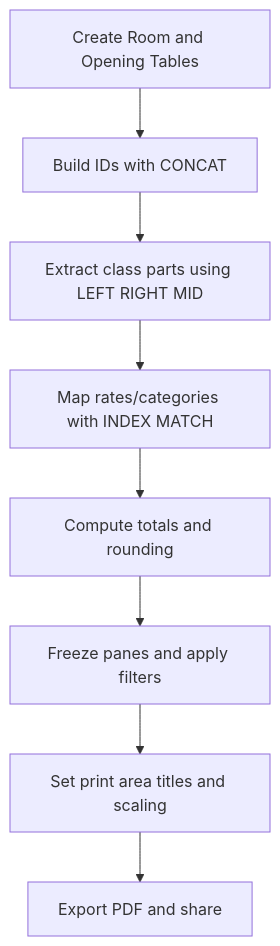
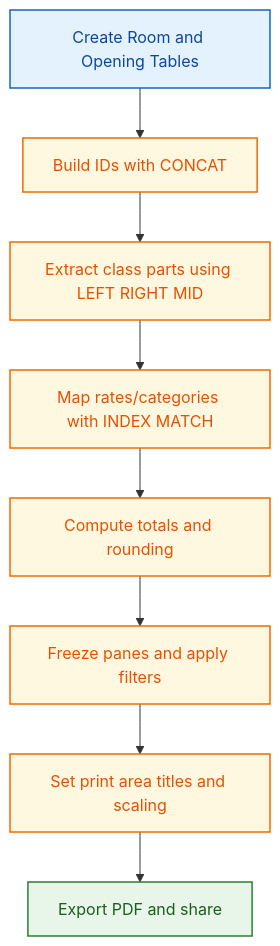
The second of 2 diagrams in docs/excel-365-reference.md (PrathamGitHub/Geo-CAD-Practical-Reference), drawn with Mermaid before and after one commit. The commit also changed other lines of this file and 7 other files, not shown here.

Commit message:
Enhance documentation with updated flowcharts and class definitions for improved clarity and usability across AutoCAD Civil 3D, Excel 365, Google Earth Pro, OneDrive, and QGIS workflows.

````diff
--- a/docs/excel-365-reference.md
+++ b/docs/excel-365-reference.md
@@ -127,10 +136,19 @@
 ```mermaid
 flowchart TD
     A[Create Room and Opening Tables] --> B[Build IDs with CONCAT]
     B --> C[Extract class parts using LEFT RIGHT MID]
     C --> D[Map rates/categories with INDEX MATCH]
     D --> E[Compute totals and rounding]
     E --> F[Freeze panes and apply filters]
     F --> G[Set print area titles and scaling]
     G --> H[Export PDF and share]
+
+    classDef input fill:#e3f2fd,stroke:#1565c0,stroke-width:1.5px,color:#0d47a1;
+    classDef process fill:#fff8e1,stroke:#ef6c00,stroke-width:1.5px,color:#e65100;
+    classDef decision fill:#ffebee,stroke:#c62828,stroke-width:1.5px,color:#8e0000;
+    classDef output fill:#e8f5e9,stroke:#2e7d32,stroke-width:1.5px,color:#1b5e20;
+
+    class A input;
+    class B,C,D,E,F,G process;
+    class H output;
 ```
````
